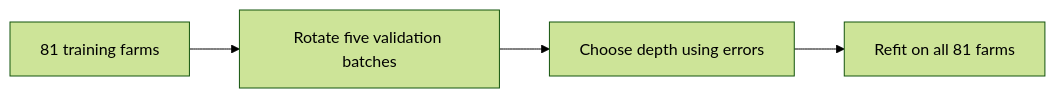
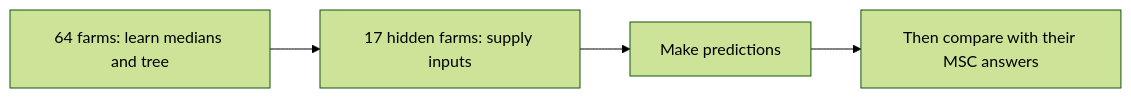
The diagram in authoring/09-choose-tree.md (nedchen2/MicrobialML), drawn with Mermaid (forest theme) before and after one commit. The commit also changed other lines of this file and 20 other files, not shown here.

Commit message:
Teach fitting and prediction before tree validation

````diff
--- a/authoring/09-choose-tree.md
+++ b/authoring/09-choose-tree.md
@@ -31,8 +47,8 @@
 ```mermaid
 flowchart LR
-    accTitle: Choose Complexity Inside Training Farms
-    accDescr: Only training farms rotate through fitting and validation to choose depth. The final test farms are reserved for Chapter 10.
-    training_farms["81 training farms"] --> rotate_folds["Rotate five validation batches"]
-    rotate_folds --> choose_depth["Choose depth using errors"]
-    choose_depth --> final_fit["Refit on all 81 farms"]
+    accTitle: One Training Validation Round
+    accDescr: In round one, four batches with 64 training farms fit a tree and learn missing-input references. The tree predicts a hidden batch of 17 training farms, whose outcomes are used only to calculate prediction errors.
+    fitting_farms["64 farms: learn medians and tree"] --> hidden_inputs["17 hidden farms: supply inputs"]
+    hidden_inputs --> predictions["Make predictions"]
+    predictions --> compare_answers["Then compare with their MSC answers"]
 ```
````
